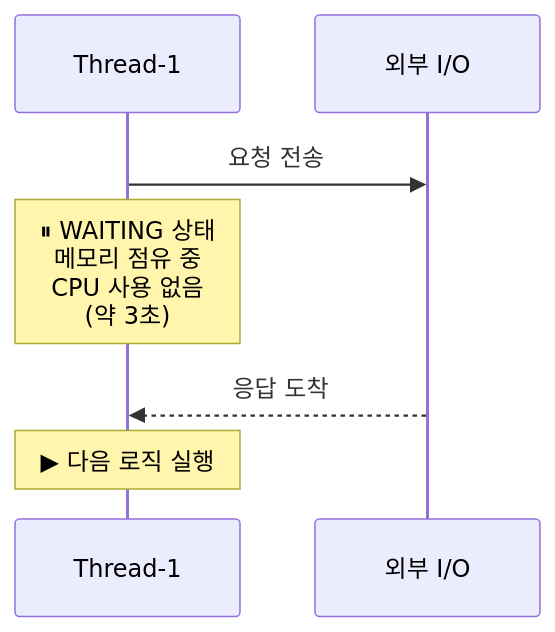
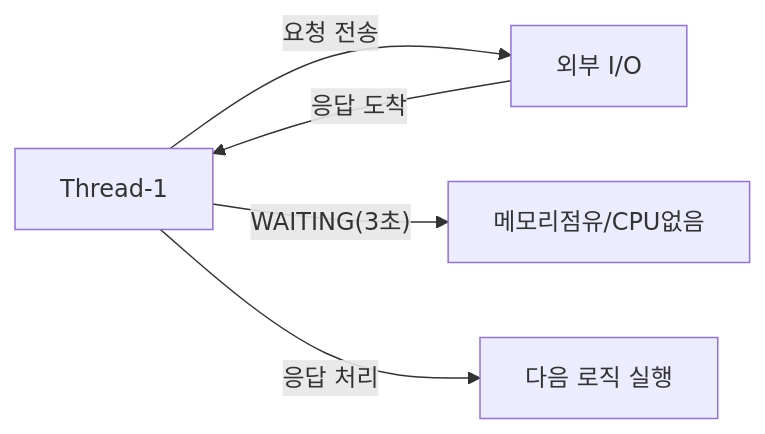
Before and after one commit to yjkim2015/yjkim2015.github.io: the second of 10 diagrams in _posts/spring/2026-05-12-webclient-thread-model.md, drawn with Mermaid. The commit also changed other lines of this file and 84 other files, not shown here.

First line of the commit message:
85개 포스트 Mermaid 다이어그램 규칙 일괄 수정

````diff
--- a/_posts/spring/2026-05-12-webclient-thread-model.md
+++ b/_posts/spring/2026-05-12-webclient-thread-model.md
@@ -77,10 +63,7 @@
 ```mermaid
-sequenceDiagram
-    participant T as Thread-1
-    participant IO as 외부 I/O
-
-    T->>IO: 요청 전송
-    Note over T: ⏸ WAITING 상태<br/>메모리 점유 중<br/>CPU 사용 없음<br/>(약 3초)
-    IO-->>T: 응답 도착
-    Note over T: ▶ 다음 로직 실행
+graph LR
+    T["Thread-1"] -->|"요청 전송"| IO["외부 I/O"]
+    T -->|"WAITING(3초)"| WAIT["메모리점유/CPU없음"]
+    IO -->|"응답 도착"| T
+    T -->|"응답 처리"| DONE["다음 로직 실행"]
 ```
````
